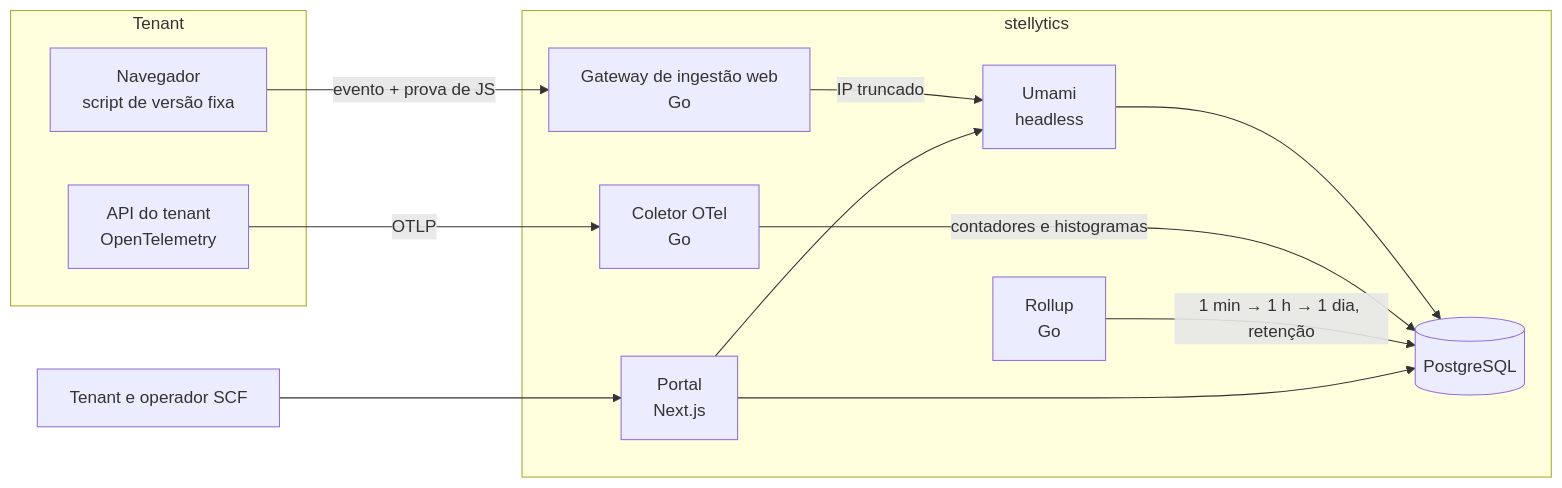
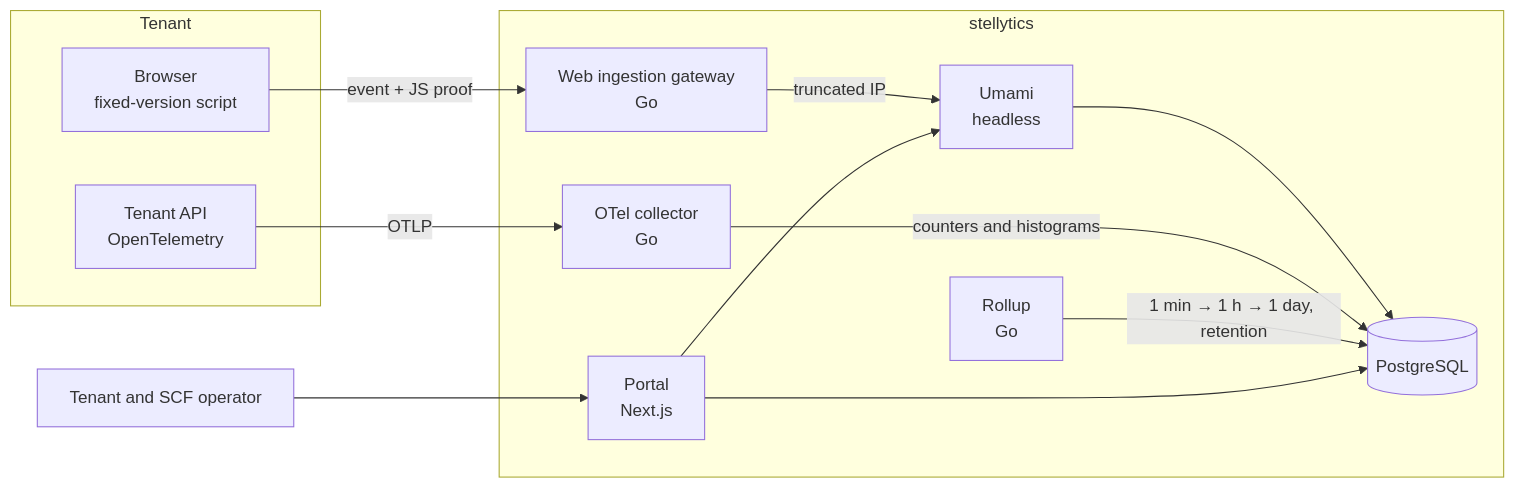
One commit to manucadev81/stellytics changed the diagram in README.md. Above: the diagram before and after it, drawn with Mermaid. The commit also changed other lines of this file, not shown here.

````diff
--- a/README.md
+++ b/README.md
@@ -37,26 +37,26 @@
 ```mermaid
 flowchart LR
   subgraph Tenant
-    B[Navegador<br/>script de versão fixa]
-    A[API do tenant<br/>OpenTelemetry]
+    B[Browser<br/>fixed-version script]
+    A[Tenant API<br/>OpenTelemetry]
   end
 
   subgraph stellytics
-    G[Gateway de ingestão web<br/>Go]
+    G[Web ingestion gateway<br/>Go]
     U[Umami<br/>headless]
-    C[Coletor OTel<br/>Go]
+    C[OTel collector<br/>Go]
     R[Rollup<br/>Go]
     P[Portal<br/>Next.js]
     PG[(PostgreSQL)]
   end
 
-  B -->|evento + prova de JS| G
-  G -->|IP truncado| U
+  B -->|event + JS proof| G
+  G -->|truncated IP| U
   A -->|OTLP| C
   U --> PG
-  C -->|contadores e histogramas| PG
-  R -->|1 min → 1 h → 1 dia, retenção| PG
+  C -->|counters and histograms| PG
+  R -->|1 min → 1 h → 1 day, retention| PG
   P --> U
   P --> PG
-  T[Tenant e operador SCF] --> P
+  T[Tenant and SCF operator] --> P
 ```
````
